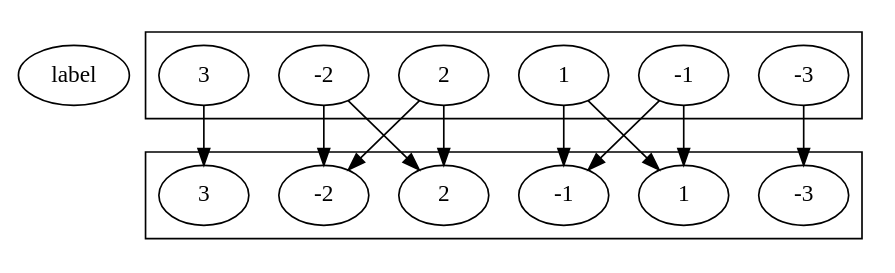
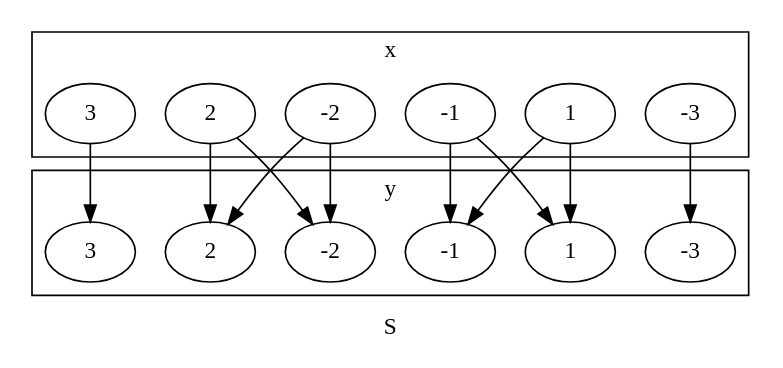
One commit to tnichols217/notes changed the first of 2 diagrams in CSDS 302 - Discrete Math/HW/1.md. Above: the diagram before and after it, drawn with Graphviz. The commit also changed other lines of this file, not shown here.

Commit message:
vault backup: 2024-01-26 18:13:57

````diff
--- a/CSDS 302 - Discrete Math/HW/1.md
+++ b/CSDS 302 - Discrete Math/HW/1.md
@@ -125,29 +125,31 @@
 ```dot
 digraph {
-label
+	label=S
 	subgraph {
+		label=x
 		cluster=true
 		a [label=-3]
 		b [label=-2]
 		c [label=-1]
 		d [label=1]
 		e [label=2]
 		f [label=3]
 	}
 	subgraph {
+		label=y
 		cluster=true
 		A [label=-3]
 		B [label=-2]
 		C [label=-1]
 		D [label=1]
 		E [label=2]
 		F [label=3]
 	}
 	a -> A
 	b -> {B E}
 	c -> {C D}
 	d -> {C D}
 	e -> {B E}
 	f -> F
 }
 ```
````
